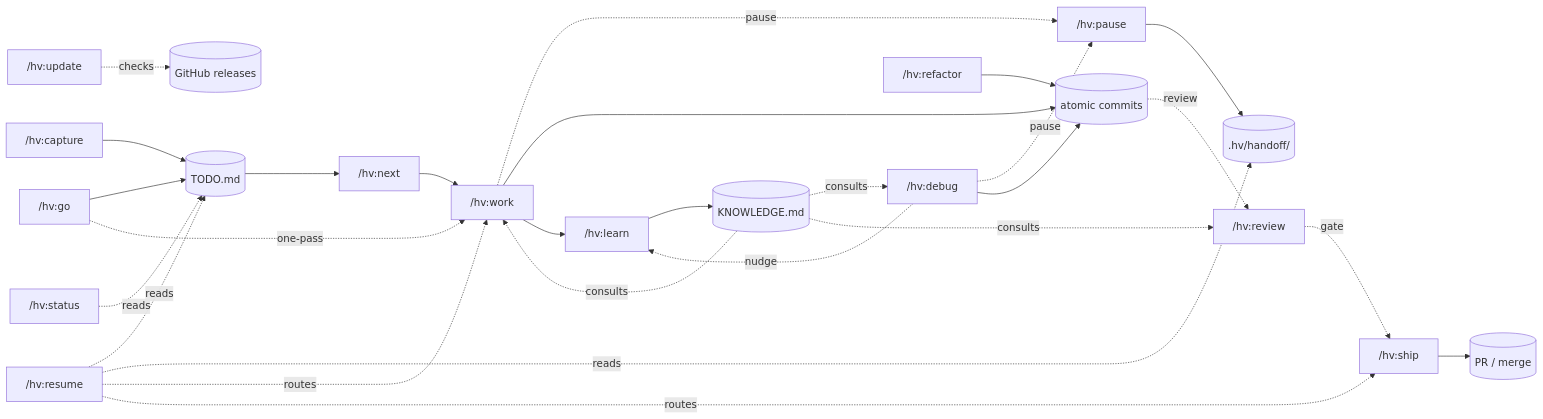
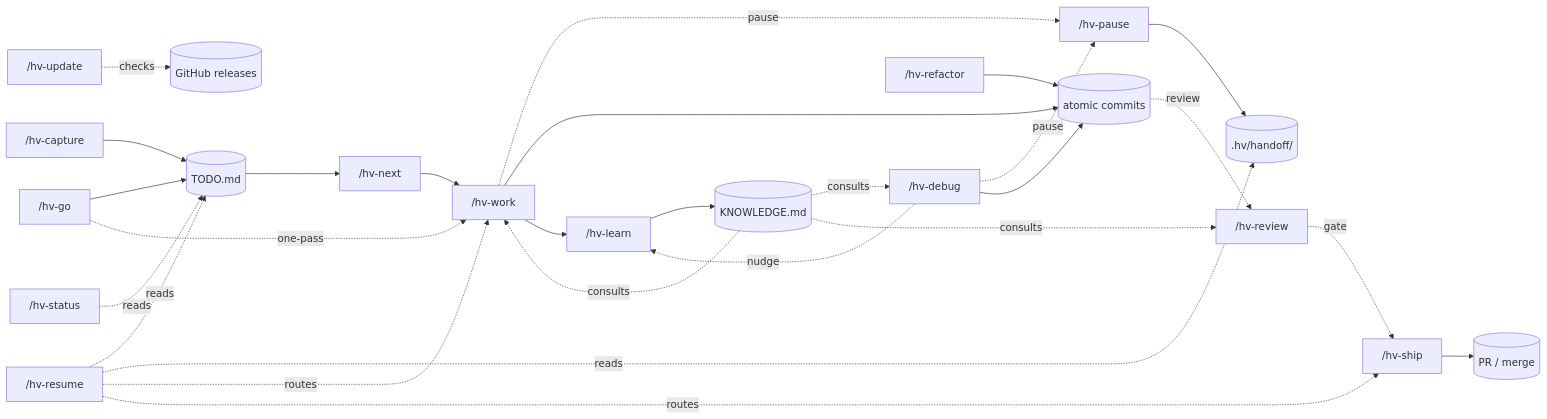
The diagram in README.md (l4ci/hv-skills), drawn with Mermaid before and after one commit. The commit also changed other lines of this file and 24 other files, not shown here.

````diff
--- a/README.md
+++ b/README.md
@@ -74,29 +74,29 @@
 ```mermaid
 flowchart LR
-  CAP["/hv:capture"] --> TODO[(TODO.md)]
-  GO["/hv:go"] --> TODO
+  CAP["/hv-capture"] --> TODO[(TODO.md)]
+  GO["/hv-go"] --> TODO
   GO -.one-pass.-> WORK
-  TODO --> NEXT["/hv:next"]
-  NEXT --> WORK["/hv:work"]
-  STATUS["/hv:status"] -.reads.-> TODO
-  WORK -.pause.-> PAUSE["/hv:pause"]
+  TODO --> NEXT["/hv-next"]
+  NEXT --> WORK["/hv-work"]
+  STATUS["/hv-status"] -.reads.-> TODO
+  WORK -.pause.-> PAUSE["/hv-pause"]
   DEBUG -.pause.-> PAUSE
   PAUSE --> HANDOFF[(.hv/handoff/)]
-  RESUME["/hv:resume"] -.reads.-> TODO
+  RESUME["/hv-resume"] -.reads.-> TODO
   RESUME -.reads.-> HANDOFF
   RESUME -.routes.-> WORK
   RESUME -.routes.-> SHIP
   WORK --> COMMIT[(atomic commits)]
-  DEBUG["/hv:debug"] --> COMMIT
-  REFACTOR["/hv:refactor"] --> COMMIT
-  COMMIT -.review.-> REVIEW["/hv:review"]
-  REVIEW -.gate.-> SHIP["/hv:ship"]
+  DEBUG["/hv-debug"] --> COMMIT
+  REFACTOR["/hv-refactor"] --> COMMIT
+  COMMIT -.review.-> REVIEW["/hv-review"]
+  REVIEW -.gate.-> SHIP["/hv-ship"]
   SHIP --> PR[(PR / merge)]
-  WORK --> LEARN["/hv:learn"]
+  WORK --> LEARN["/hv-learn"]
   DEBUG -.nudge.-> LEARN
   LEARN --> KNOW[(KNOWLEDGE.md)]
   KNOW -.consults.-> WORK
   KNOW -.consults.-> DEBUG
   KNOW -.consults.-> REVIEW
-  UPDATE["/hv:update"] -.checks.-> RELEASES[(GitHub releases)]
+  UPDATE["/hv-update"] -.checks.-> RELEASES[(GitHub releases)]
 ```
````
